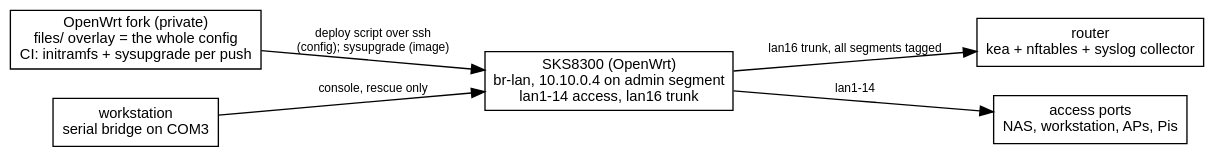
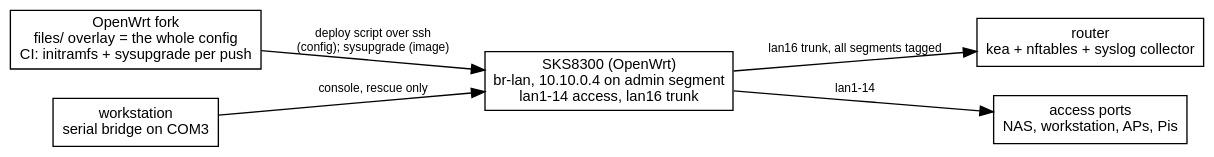
One commit to erfianugrah/lexicanum changed the diagram in src/content/docs/guides/sks8300-openwrt.mdx. Above: the diagram before and after it, drawn with Graphviz. The commit also changed other lines of this file and 90 other files, not shown here.

````diff
--- a/src/content/docs/guides/sks8300-openwrt.mdx
+++ b/src/content/docs/guides/sks8300-openwrt.mdx
@@ -88,19 +88,19 @@
 ```dot
 digraph {
   rankdir=LR; bgcolor="transparent"; nodesep=0.3; ranksep=0.7;
   fontname="Helvetica,Arial,sans-serif";
   node [fontname="Helvetica,Arial,sans-serif", fontsize=11, shape=box];
   edge [fontname="Helvetica,Arial,sans-serif", fontsize=9];
 
-  fork [label="OpenWrt fork (private)\nfiles/ overlay = the whole config\nCI: initramfs + sysupgrade per push"];
+  fork [label="OpenWrt fork\nfiles/ overlay = the whole config\nCI: initramfs + sysupgrade per push"];
   sw [label="SKS8300 (OpenWrt)\nbr-lan, 10.10.0.4 on admin segment\nlan1-14 access, lan16 trunk"];
   rt [label="router\nkea + nftables + syslog collector"];
   hosts [label="access ports\nNAS, workstation, APs, Pis"];
   serial [label="workstation\nserial bridge on COM3"];
 
   fork -> sw [label="deploy script over ssh\n(config); sysupgrade (image)"];
   sw -> rt [label="lan16 trunk, all segments tagged"];
   sw -> hosts [label="lan1-14"];
   serial -> sw [label="console, rescue only"];
 }
 ```
````
